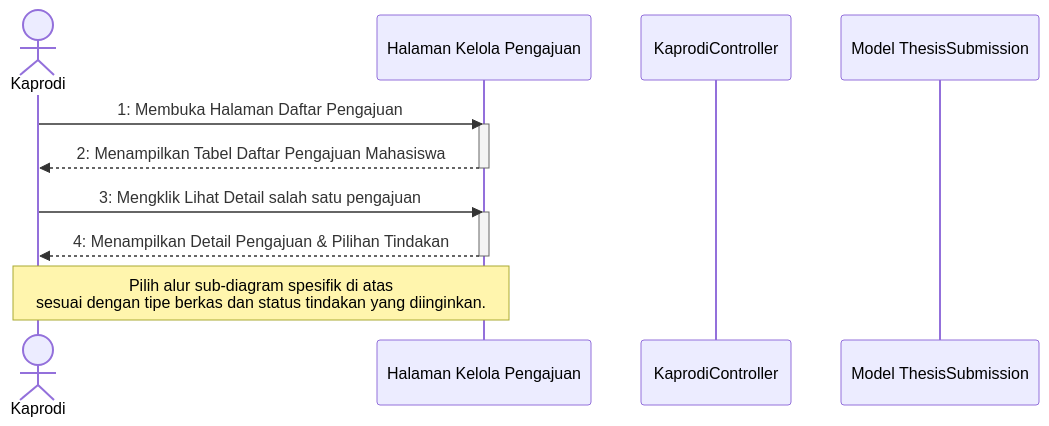
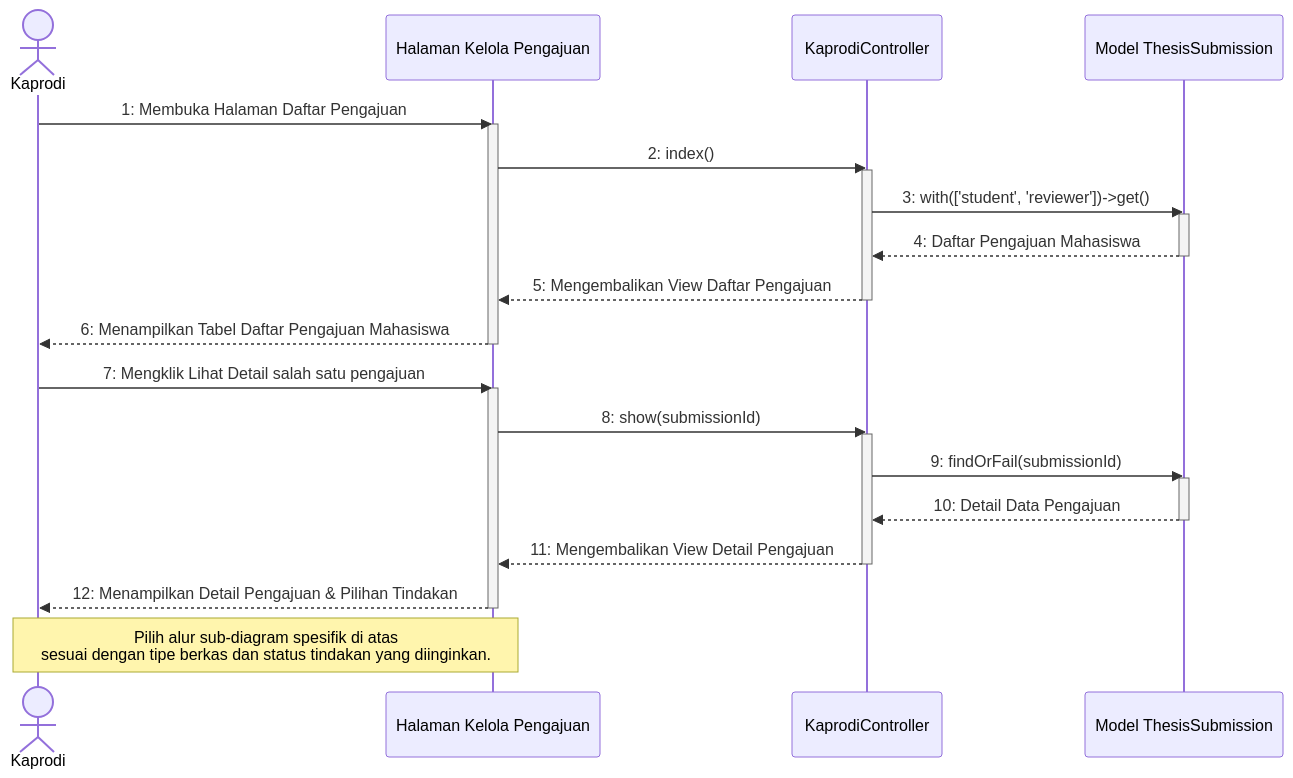
Before and after one commit to Duandi04/ta_submission: the diagram in docs/uml/Sequence Diagram/Kaprodi/sequence_diagram_kelola_daftar_pengajuan.md, drawn with Mermaid. The commit also changed 7 other files, not shown here.

Commit message:
docs: add sequence diagrams for Kaprodi management and user profile features

````diff
--- a/docs/uml/Sequence Diagram/Kaprodi/sequence_diagram_kelola_daftar_pengajuan.md
+++ b/docs/uml/Sequence Diagram/Kaprodi/sequence_diagram_kelola_daftar_pengajuan.md
@@ -21,21 +21,37 @@
 ```mermaid
 sequenceDiagram
     actor Kaprodi as Kaprodi
     participant UI as Halaman Kelola Pengajuan
     participant Ctrl as KaprodiController
     participant Model as Model ThesisSubmission
 
     %% 1. VIEW LIST OF SUBMISSIONS
     Kaprodi->>UI: 1: Membuka Halaman Daftar Pengajuan
     activate UI
-    UI-->>Kaprodi: 2: Menampilkan Tabel Daftar Pengajuan Mahasiswa
+    UI->>Ctrl: 2: index()
+    activate Ctrl
+    Ctrl->>Model: 3: with(['student', 'reviewer'])->get()
+    activate Model
+    Model-->>Ctrl: 4: Daftar Pengajuan Mahasiswa
+    deactivate Model
+    Ctrl-->>UI: 5: Mengembalikan View Daftar Pengajuan
+    deactivate Ctrl
+    UI-->>Kaprodi: 6: Menampilkan Tabel Daftar Pengajuan Mahasiswa
     deactivate UI
 
     %% 2. VIEW DETAILED SUBMISSION
-    Kaprodi->>UI: 3: Mengklik Lihat Detail salah satu pengajuan
+    Kaprodi->>UI: 7: Mengklik Lihat Detail salah satu pengajuan
     activate UI
-    UI-->>Kaprodi: 4: Menampilkan Detail Pengajuan & Pilihan Tindakan
+    UI->>Ctrl: 8: show(submissionId)
+    activate Ctrl
+    Ctrl->>Model: 9: findOrFail(submissionId)
+    activate Model
+    Model-->>Ctrl: 10: Detail Data Pengajuan
+    deactivate Model
+    Ctrl-->>UI: 11: Mengembalikan View Detail Pengajuan
+    deactivate Ctrl
+    UI-->>Kaprodi: 12: Menampilkan Detail Pengajuan & Pilihan Tindakan
     deactivate UI
 
     Note over Kaprodi, UI: Pilih alur sub-diagram spesifik di atas<br/>sesuai dengan tipe berkas dan status tindakan yang diinginkan.
 ```
````
